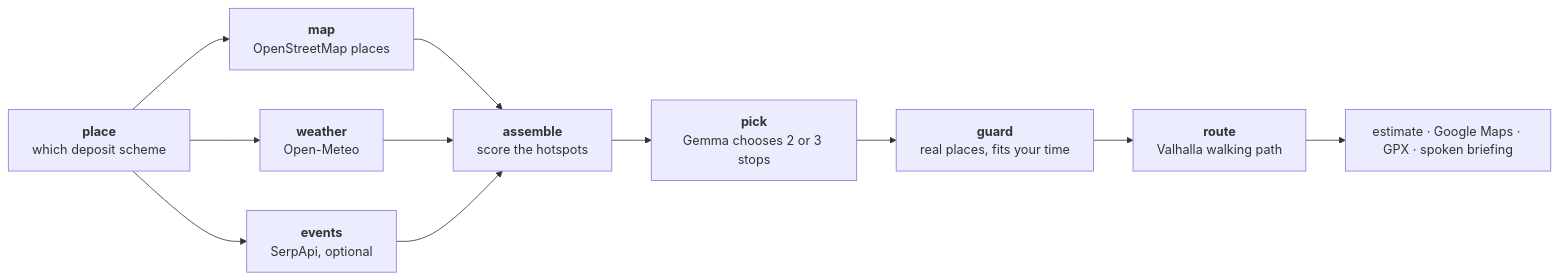
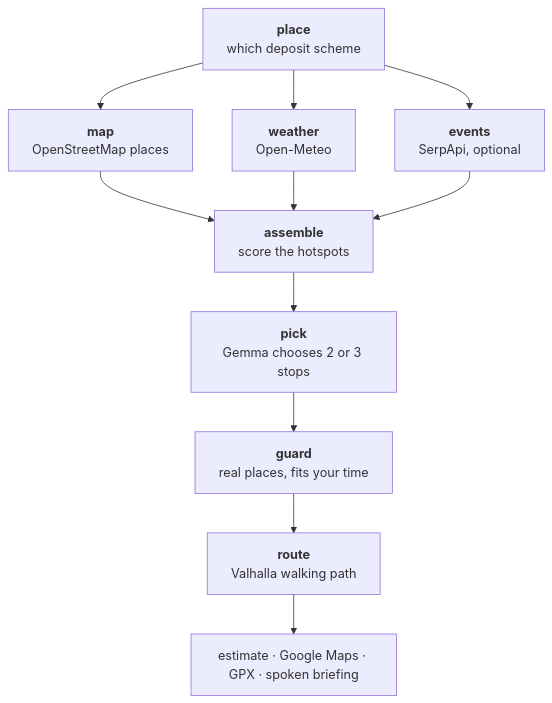
Before and after one commit to MuhammadMurtuzaHussain/return-route: the diagram in README.md, drawn with Mermaid.

Commit message:
README: planner diagram top to bottom, so it renders at full size

````diff
--- a/README.md
+++ b/README.md
@@ -92,13 +92,13 @@
 ```mermaid
-flowchart LR
+flowchart TB
   place["<b>place</b><br/>which deposit scheme"] --> map["<b>map</b><br/>OpenStreetMap places"]
   place --> weather["<b>weather</b><br/>Open-Meteo"]
   place --> events["<b>events</b><br/>SerpApi, optional"]
   map --> assemble["<b>assemble</b><br/>score the hotspots"]
   weather --> assemble
   events --> assemble
   assemble --> pick["<b>pick</b><br/>Gemma chooses 2 or 3 stops"]
   pick --> guard["<b>guard</b><br/>real places, fits your time"]
   guard --> route["<b>route</b><br/>Valhalla walking path"]
   route --> out["estimate · Google Maps · GPX · spoken briefing"]
 ```
````
